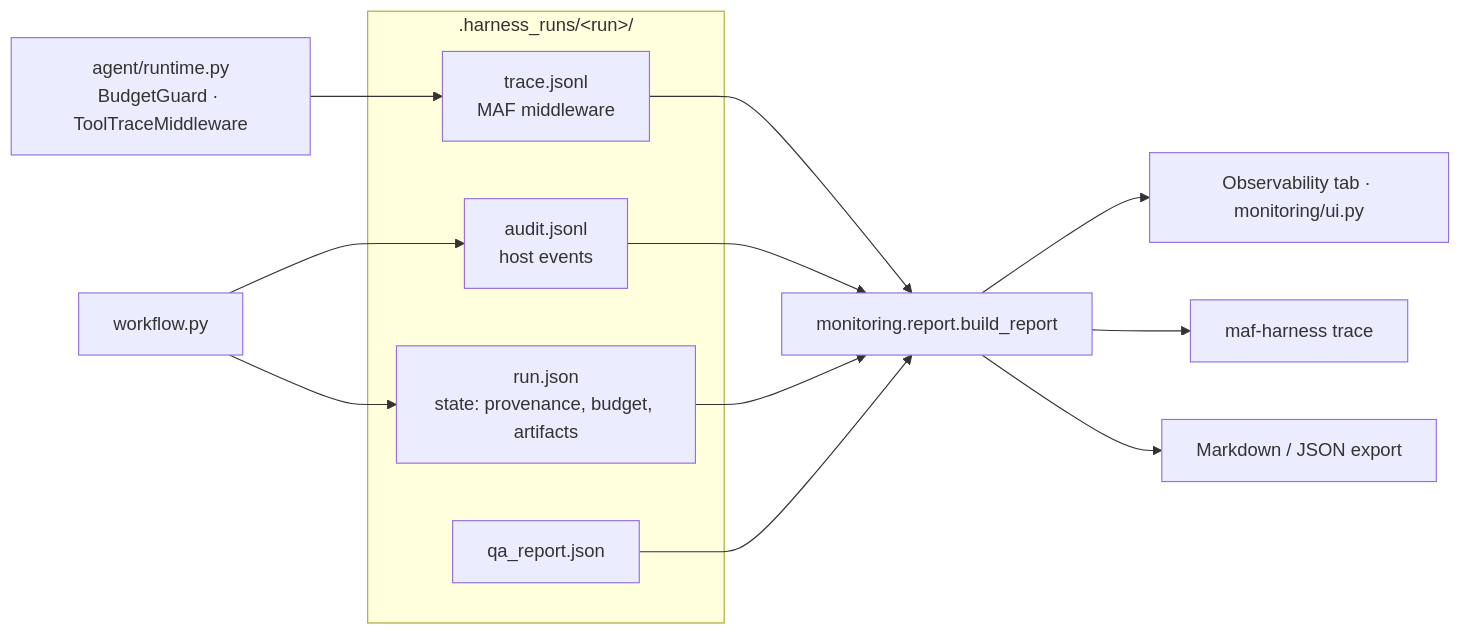
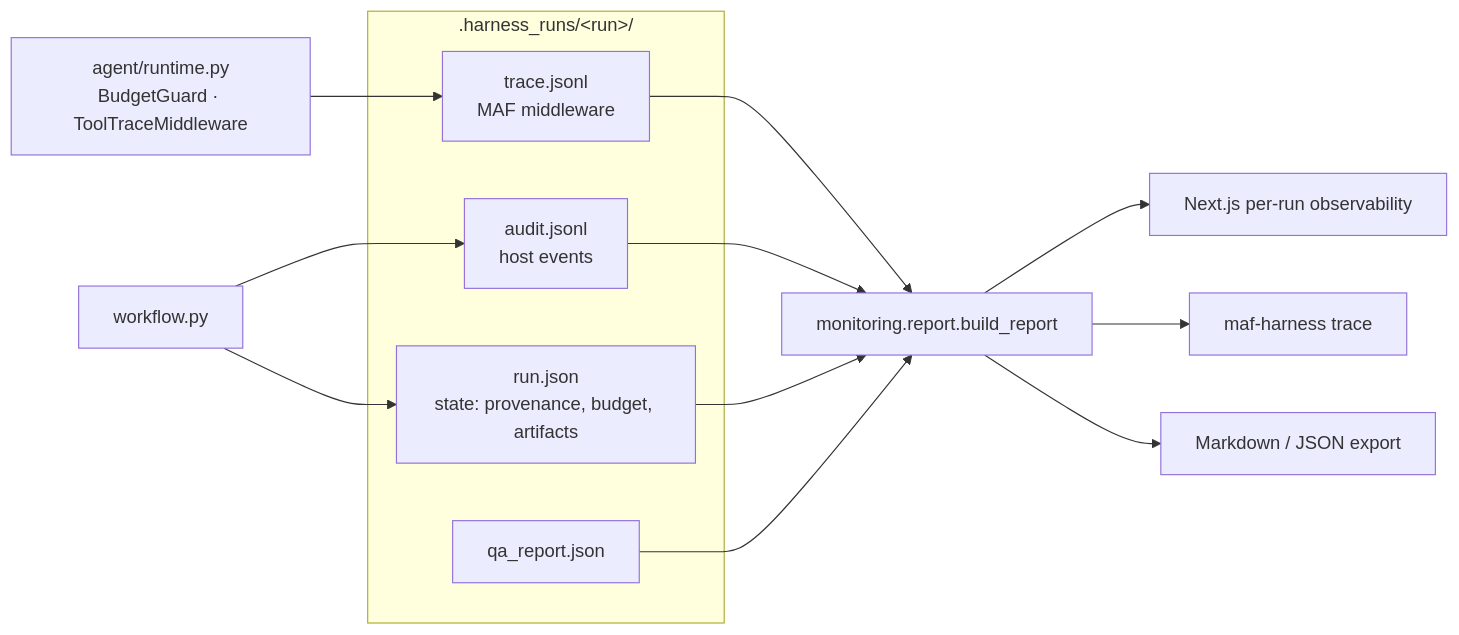
Before and after one commit to sarveshtalele/maf-harness-testing: the diagram in docs/OBSERVABILITY.md, drawn with Mermaid. The commit also changed 76 other files, not shown here.

````diff
--- a/docs/OBSERVABILITY.md
+++ b/docs/OBSERVABILITY.md
@@ -27,19 +27,19 @@
 ```mermaid
 flowchart LR
   subgraph run[".harness_runs/&lt;run&gt;/"]
     T[trace.jsonl<br/>MAF middleware]
     A[audit.jsonl<br/>host events]
     R[run.json<br/>state: provenance, budget, artifacts]
     Q[qa_report.json]
   end
   RT[agent/runtime.py<br/>BudgetGuard · ToolTraceMiddleware] --> T
   WF[workflow.py] --> A
   WF --> R
   T --> B[monitoring.report.build_report]
   A --> B
   R --> B
   Q --> B
-  B --> UI[Observability tab · monitoring/ui.py]
+  B --> UI[Next.js per-run observability]
   B --> CLI[maf-harness trace]
   B --> MD[Markdown / JSON export]
 ```
````
